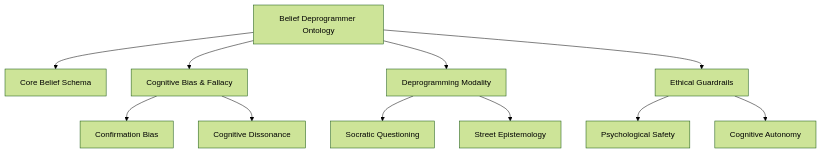
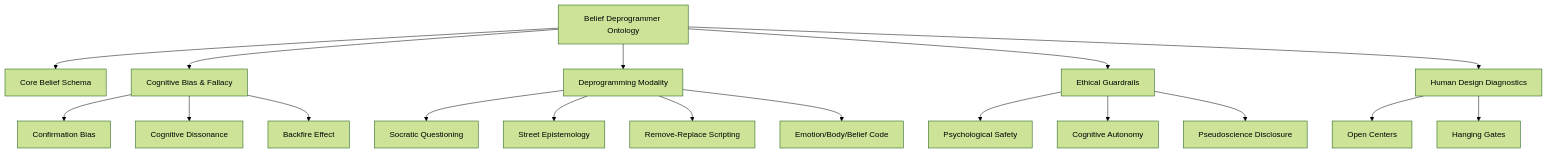
One commit to mbgulden/belief-deprogrammer changed the diagram in okf/ontology_and_taxonomy_manifesto.md. Above: the diagram before and after it, drawn with Mermaid (forest theme). The commit also changed other lines of this file and 22 other files, not shown here.

````diff
--- a/okf/ontology_and_taxonomy_manifesto.md
+++ b/okf/ontology_and_taxonomy_manifesto.md
@@ -55,16 +60,24 @@
 ```mermaid
 graph TD
     Root["Belief Deprogrammer Ontology"] --> CB["Core Belief Schema"]
     Root --> CBia["Cognitive Bias & Fallacy"]
     Root --> DM["Deprogramming Modality"]
     Root --> EG["Ethical Guardrails"]
+    Root --> HD["Human Design Diagnostics"]
     
     CBia --> CF["Confirmation Bias"]
     CBia --> CD["Cognitive Dissonance"]
+    CBia --> BE["Backfire Effect"]
     
     DM --> SQ["Socratic Questioning"]
     DM --> SE["Street Epistemology"]
+    DM --> RR["Remove-Replace Scripting"]
+    DM --> EC["Emotion/Body/Belief Code"]
     
     EG --> PS["Psychological Safety"]
     EG --> CA["Cognitive Autonomy"]
+    EG --> PD["Pseudoscience Disclosure"]
+    
+    HD --> OC["Open Centers"]
+    HD --> HG["Hanging Gates"]
 ```
````
